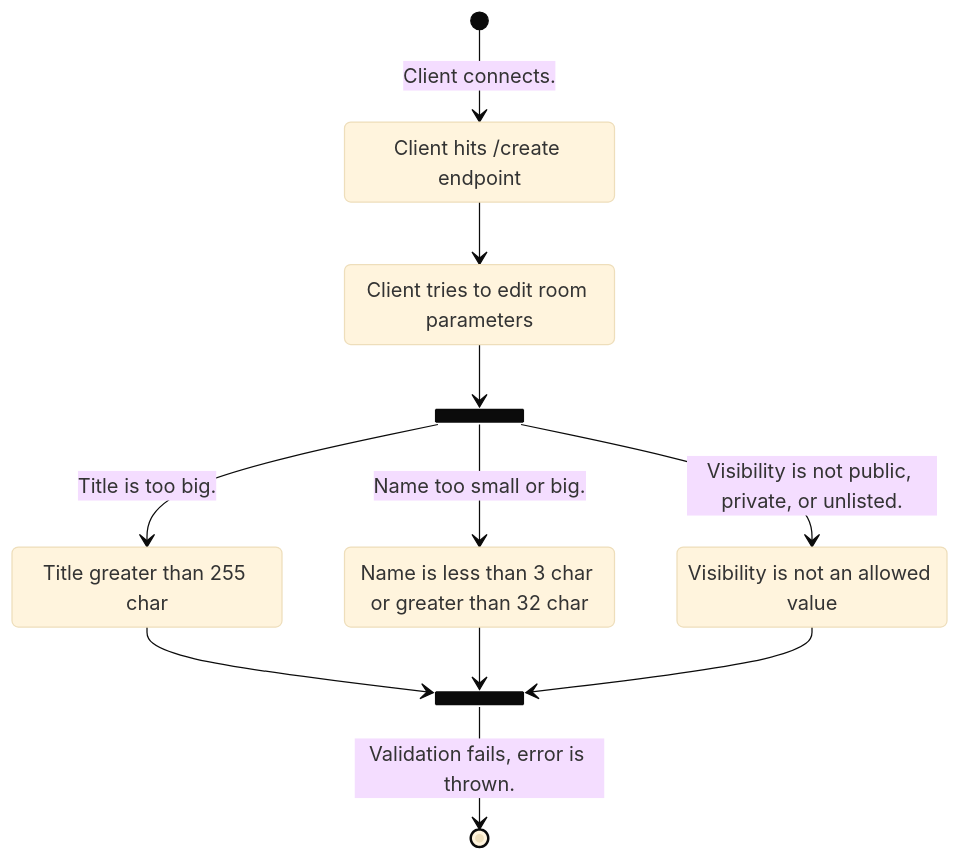
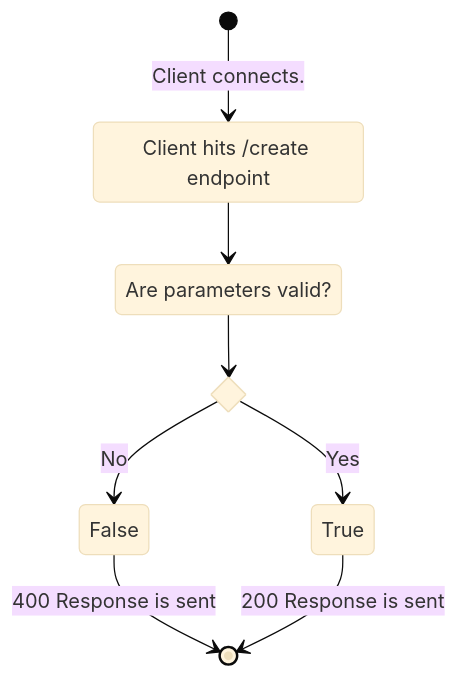
One commit to dyc3/senior-design changed the diagram in figures/create-endpoint-activity.mmd. Above: the diagram before and after it, drawn with Mermaid (base theme). The commit also changed 1 other file, not shown here.

Commit message:
made activity diagram more general and added success path

```diff
--- a/figures/create-endpoint-activity.mmd
+++ b/figures/create-endpoint-activity.mmd
@@ -1,19 +1,13 @@
 stateDiagram-v2
-
     state "Client hits /create endpoint" as conn 
-    state "Client tries to edit room parameters" as param
-    state fork_state <<fork>>
-    state "Title greater than 255 char" as title
-    state "Name is less than 3 char or greater than 32 char" as name
-    state "Visibility is not an allowed value" as visibility
-    state join_state <<fork>>
+    state "Are parameters valid?" as valid
+    state if_valid <<choice>>
+    state "False" as false
+    state "True" as true
     [*] --> conn: Client connects.
-    conn --> param: 
-    param --> fork_state
-    fork_state --> title: Title is too big.
-    fork_state --> name: Name too small or big.
-    fork_state --> visibility: Visibility is not public, private, or unlisted.
-    title --> join_state
-    name --> join_state
-    visibility --> join_state
-    join_state --> [*]: Validation fails, error is thrown.
+    conn --> valid
+    valid --> if_valid
+    if_valid --> false: No
+    if_valid --> true: Yes
+    false --> [*]: 400 Response is sent
+    true --> [*]: 200 Response is sent
```
